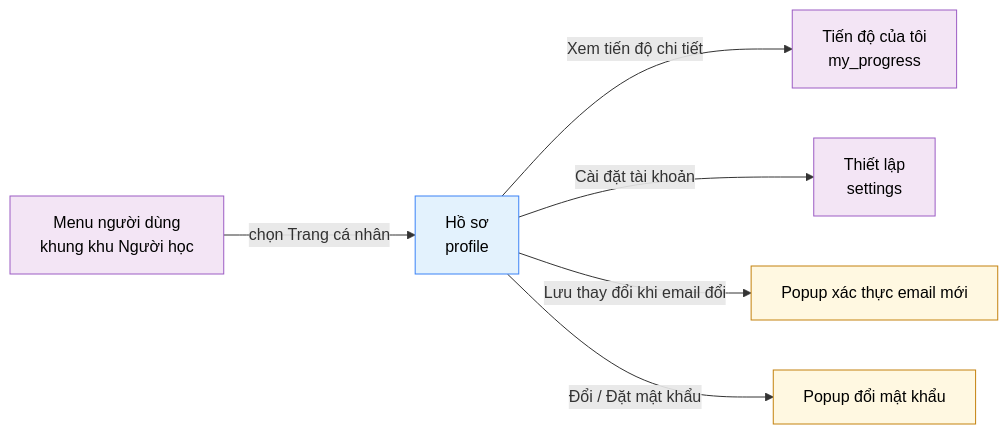
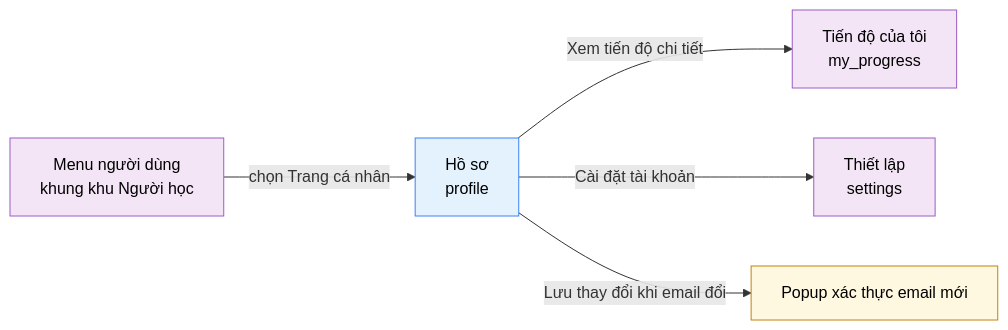
The diagram in 02-bd/screens/users/USR0502_profile.md (daiphu1801/PRJ_ALGOPREP), drawn with Mermaid before and after one commit. The commit also changed other lines of this file and 290 other files, not shown here.

````diff
--- a/02-bd/screens/users/USR0502_profile.md
+++ b/02-bd/screens/users/USR0502_profile.md
@@ -177,16 +164,15 @@
 ```mermaid
 flowchart LR
     nav["Menu người dùng<br/>khung khu Người học"] -->|"chọn Trang cá nhân"| main["Hồ sơ<br/>profile"]
     main -->|"Xem tiến độ chi tiết"| prog["Tiến độ của tôi<br/>my_progress"]
     main -->|"Cài đặt tài khoản"| setting["Thiết lập<br/>settings"]
     main -->|"Lưu thay đổi khi email đổi"| otp["Popup xác thực email mới"]
-    main -->|"Đổi / Đặt mật khẩu"| pwd["Popup đổi mật khẩu"]
 
     classDef source fill:#F3E5F5,stroke:#9C5CC4,color:#000
     classDef screen fill:#E3F2FD,stroke:#3B82F6,color:#000
     classDef popup fill:#FFF8E1,stroke:#C4820E,color:#000
 
     class nav,prog,setting source
     class main screen
-    class otp,pwd popup
+    class otp popup
 ```
````
